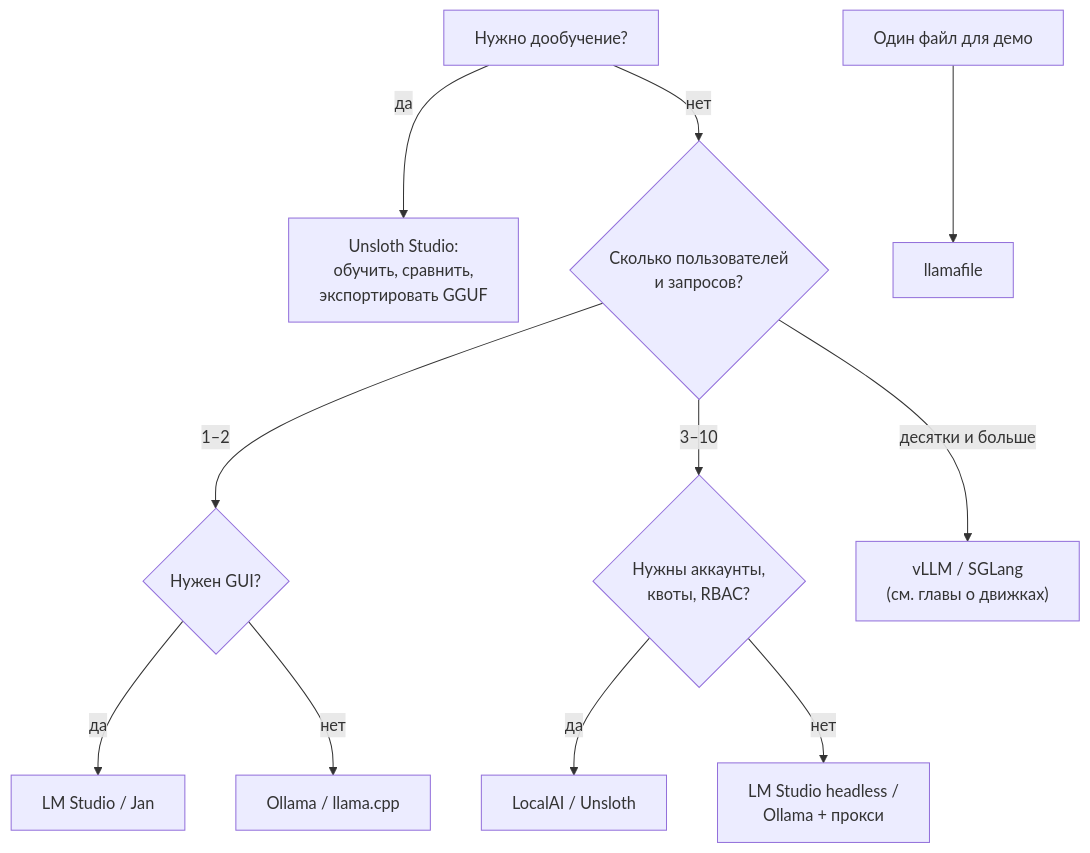
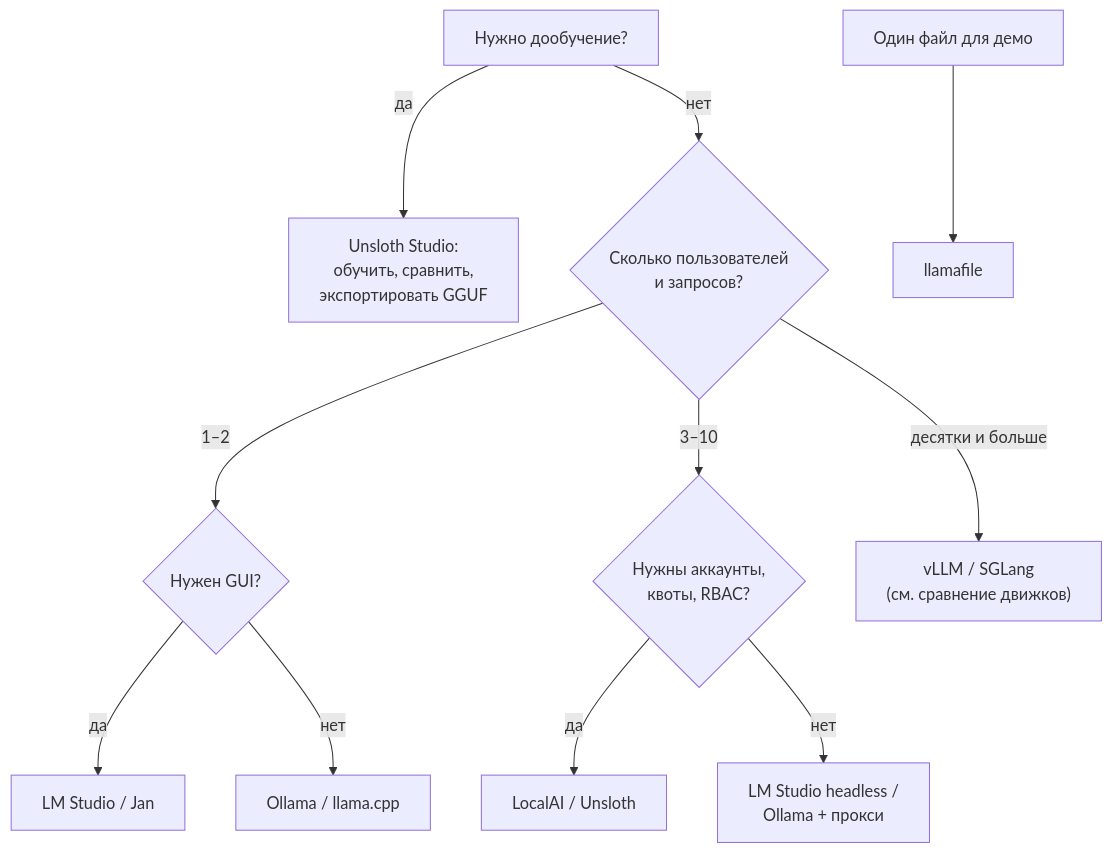
One commit to luckystrker/local-llm-inference-book changed the second of 2 diagrams in boxed-solutions.md. Above: the diagram before and after it, drawn with Mermaid. The commit also changed other lines of this file and 1 other file, not shown here.

Commit message:
Правки по ревью boxed-solutions: ссылки на главы о движках и мелочи

````diff
--- a/boxed-solutions.md
+++ b/boxed-solutions.md
@@ -690,13 +706,13 @@
 ```mermaid
 flowchart TD
     A["Нужно дообучение?"] -->|да| B["Unsloth Studio:<br/>обучить, сравнить,<br/>экспортировать GGUF"]
     A -->|нет| C{"Сколько пользователей<br/>и запросов?"}
     C -->|"1–2"| D{"Нужен GUI?"}
     D -->|да| E["LM Studio / Jan"]
     D -->|нет| F["Ollama / llama.cpp"]
     C -->|"3–10"| G{"Нужны аккаунты,<br/>квоты, RBAC?"}
     G -->|да| H["LocalAI / Unsloth"]
     G -->|нет| I["LM Studio headless /<br/>Ollama + прокси"]
-    C -->|"десятки и больше"| J["vLLM / SGLang<br/>(см. главы о движках)"]
+    C -->|"десятки и больше"| J["vLLM / SGLang<br/>(см. сравнение движков)"]
     K["Один файл для демо"] --> L["llamafile"]
 ```
````
